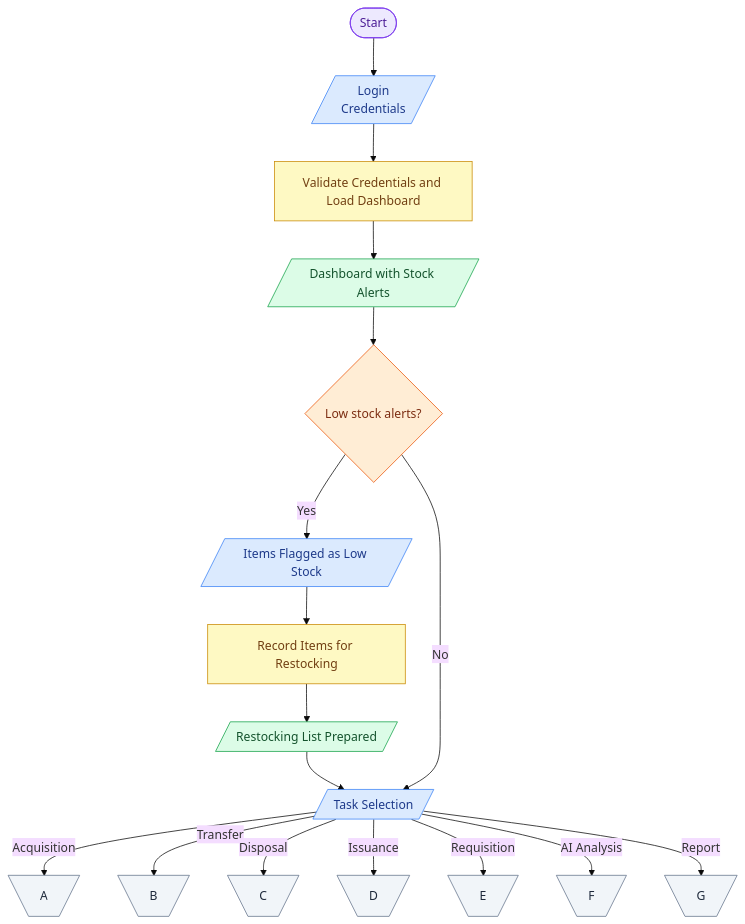
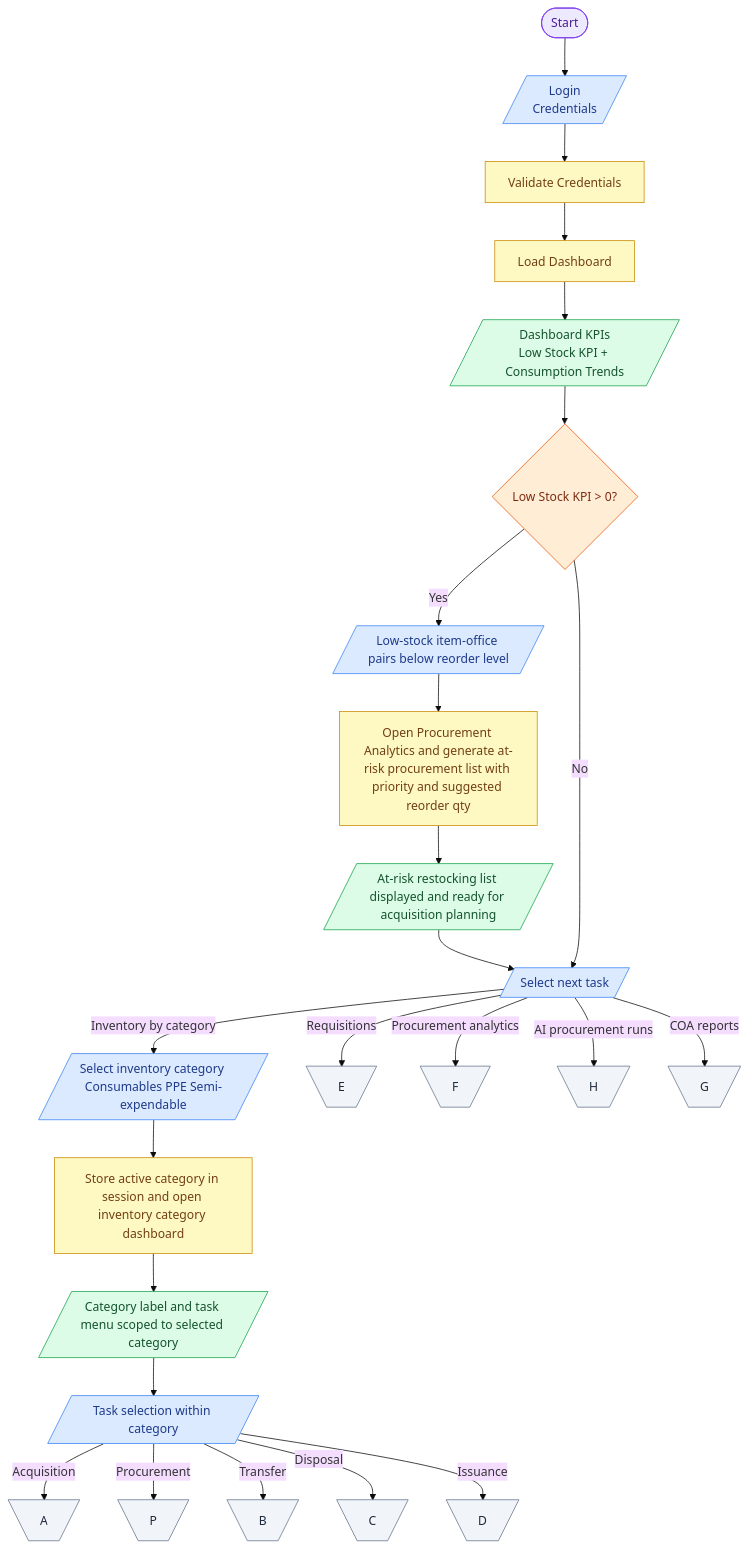
Before and after one commit to Daaanj05/owwa_inventory: the second of 7 diagrams in docs/PROCESS_WORKFLOW.md, drawn with Mermaid. The commit also changed other lines of this file and 569 other files, not shown here.

````diff
--- a/docs/PROCESS_WORKFLOW.md
+++ b/docs/PROCESS_WORKFLOW.md
@@ -9,31 +63,38 @@
 ```mermaid
 %%{init: {'theme': 'base'}}%%
 flowchart TD
     START([Start]):::terminal
 
     START --> I1[/"Login<br/>Credentials"/]:::input
-    I1 --> P1[Validate Credentials and Load Dashboard]:::process
-    P1 --> O1[/Dashboard with Stock Alerts/]:::output
-    O1 --> D1{Low stock alerts?}:::decide
-    D1 -- Yes --> I2[/Items Flagged as Low Stock/]:::input
-    I2 --> P2[Record Items for Restocking]:::process
-    P2 --> O2[/Restocking List Prepared/]:::output
-    O2 --> SEL
-    D1 -- No --> SEL
+    I1 --> P1[Validate Credentials]:::process
+    P1 --> P1b[Load Dashboard]:::process
+    P1b --> O1[/Dashboard KPIs<br/>Low Stock KPI + Consumption Trends/]:::output
+    O1 --> D1{Low Stock KPI > 0?}:::decide
+    D1 -- Yes --> I2[/Low-stock item-office pairs below reorder level/]:::input
+    I2 --> P2[Open Procurement Analytics and generate at-risk procurement list with priority and suggested reorder qty]:::process
+    P2 --> O2[/At-risk restocking list displayed and ready for acquisition planning/]:::output
+    O2 --> TASK_SEL[/Select next task/]:::input
+    D1 -- No --> TASK_SEL
 
-    SEL[/Task Selection/]:::input
+    TASK_SEL -->|Inventory by category| I_CAT[/Select inventory category Consumables PPE Semi-expendable/]:::input
+    TASK_SEL -->|Requisitions| CE[\E/]:::connector
+    TASK_SEL -->|Procurement analytics| CF[\F/]:::connector
+    TASK_SEL -->|AI procurement runs| AH[\H/]:::connector
+    TASK_SEL -->|COA reports| CG[\G/]:::connector
+
+    I_CAT --> P_CAT[Store active category in session and open inventory category dashboard]:::process
+    P_CAT --> O_CAT[/Category label and task menu scoped to selected category/]:::output
+    O_CAT --> SEL[/Task selection within category/]:::input
     SEL -- Acquisition --> CA[\A/]:::connector
+    SEL -- Procurement --> CP[\P/]:::connector
     SEL -- Transfer --> CB[\B/]:::connector
     SEL -- Disposal --> CC[\C/]:::connector
     SEL -- Issuance --> CD[\D/]:::connector
-    SEL -- Requisition --> CE[\E/]:::connector
-    SEL -- AI Analysis --> CF[\F/]:::connector
-    SEL -- Report --> CG[\G/]:::connector
 
     classDef terminal fill:#ede9fe,stroke:#7c3aed,color:#4c1d95
     classDef input fill:#dbeafe,stroke:#3b82f6,color:#1e3a8a
     classDef process fill:#fef9c3,stroke:#ca8a04,color:#713f12
     classDef output fill:#dcfce7,stroke:#16a34a,color:#14532d
     classDef decide fill:#ffedd5,stroke:#ea580c,color:#7c2d12
     classDef connector fill:#f1f5f9,stroke:#64748b,color:#1e293b
 ```
````
